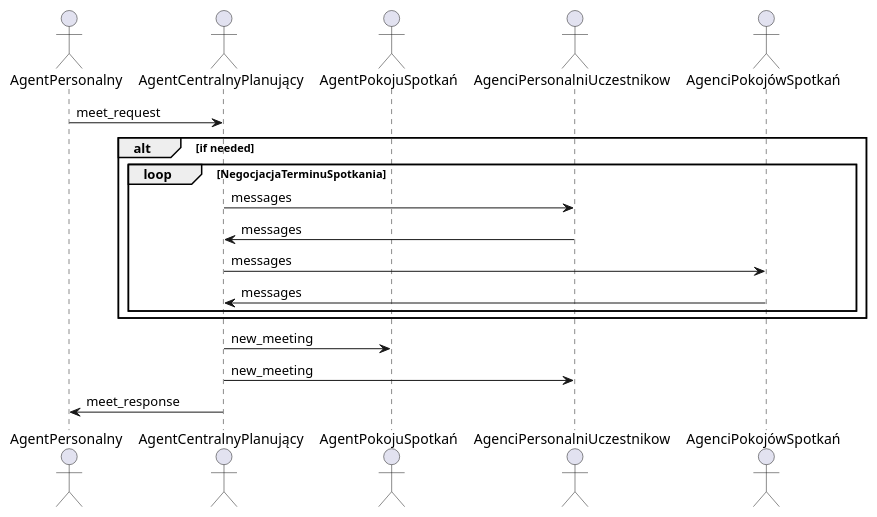
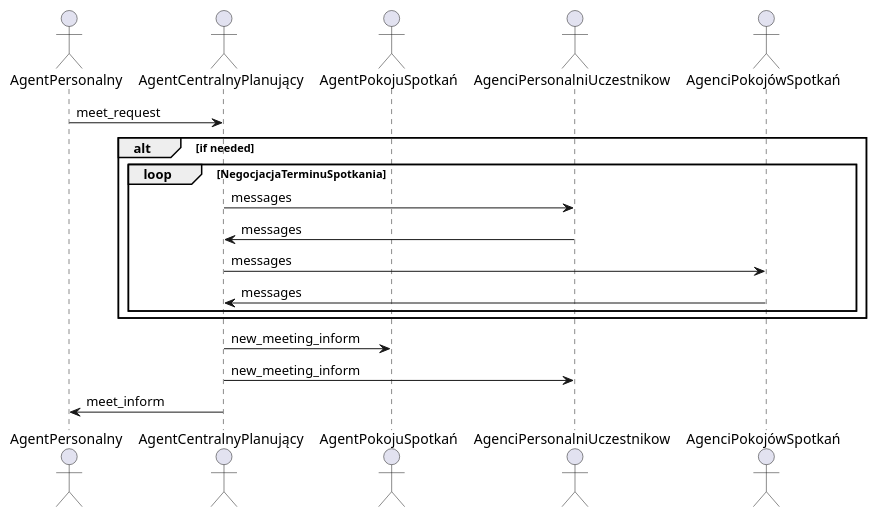
The diagram in project_description/diagrams_src/UmawianieSpotkania.puml (michalMilewski-8/SmartBuilding_Agent_MiNI_Project), drawn with PlantUML before and after one commit. The commit also changed 6 other files, not shown here.

```diff
--- a/project_description/diagrams_src/UmawianieSpotkania.puml
+++ b/project_description/diagrams_src/UmawianieSpotkania.puml
@@ -1,20 +1,20 @@
 @startuml
 actor AgentPersonalny
 actor AgentCentralnyPlanujący
 actor AgentPokojuSpotkań
 actor AgenciPersonalniUczestnikow
 actor AgenciPokojówSpotkań
 
 AgentPersonalny -> AgentCentralnyPlanujący : meet_request
 alt if needed
 	loop NegocjacjaTerminuSpotkania
 		AgentCentralnyPlanujący -> AgenciPersonalniUczestnikow : messages
 		AgenciPersonalniUczestnikow -> AgentCentralnyPlanujący : messages
 		AgentCentralnyPlanujący -> AgenciPokojówSpotkań : messages
 		AgenciPokojówSpotkań -> AgentCentralnyPlanujący : messages
 	end
 end
-AgentCentralnyPlanujący -> AgentPokojuSpotkań : new_meeting
-AgentCentralnyPlanujący -> AgenciPersonalniUczestnikow : new_meeting
-AgentCentralnyPlanujący -> AgentPersonalny : meet_response
+AgentCentralnyPlanujący -> AgentPokojuSpotkań : new_meeting_inform
+AgentCentralnyPlanujący -> AgenciPersonalniUczestnikow : new_meeting_inform
+AgentCentralnyPlanujący -> AgentPersonalny : meet_inform
 @enduml
```
